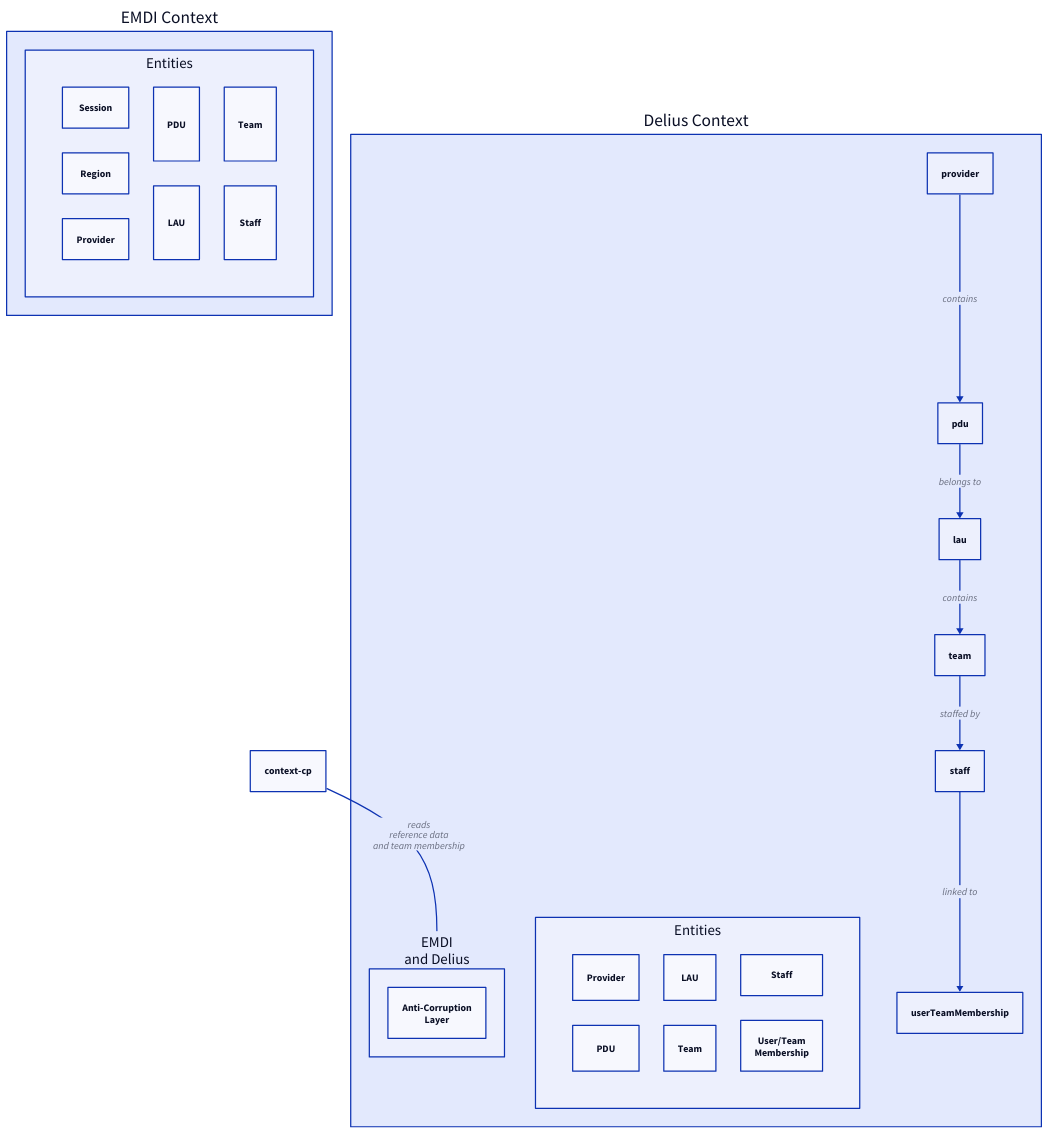
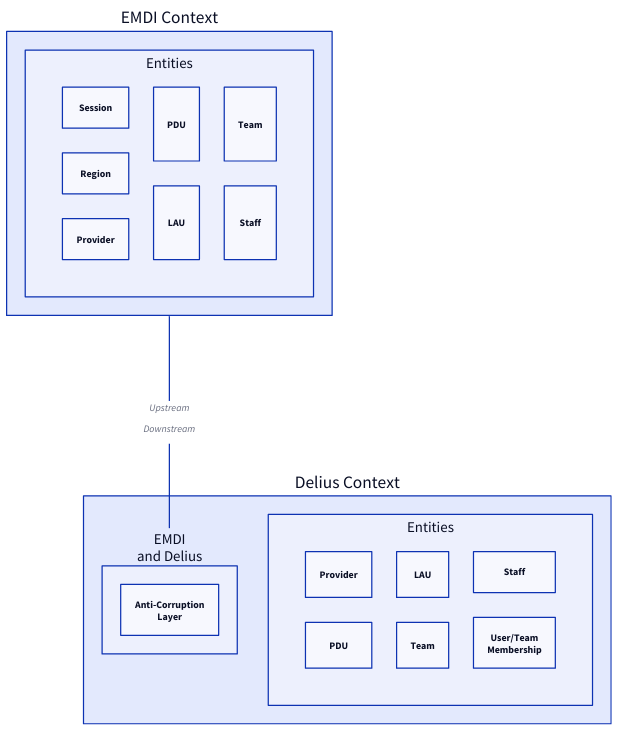
The diagram in doc/diagrams/emdi-and-delius-context-map.d2 (ministryofjustice/hmpps-probation-integration-services), drawn with D2 before and after one commit. The commit also changed 2 other files, not shown here.

```diff
--- a/doc/diagrams/emdi-and-delius-context-map.d2
+++ b/doc/diagrams/emdi-and-delius-context-map.d2
@@ -1,36 +1,32 @@
 context-emdi: EMDI Context {
   entities: Entities {
     grid-columns: 3
     session: Session
     region: Region
     provider: Provider
     pdu: PDU
     lau: LAU
     team: Team
     staff: Staff
   }
 }
 
 context-delius: Delius Context {
   interface: EMDI\nand Delius {
     type: Anti-Corruption\nLayer
   }
 
   entities: Entities {
     grid-columns: 3
     provider: Provider
     pdu: PDU
     lau: LAU
     team: Team
     staff: Staff
     userTeamMembership: User/Team\nMembership
   }
 
-  provider -> pdu: contains
-  pdu -> lau: belongs to
-  lau -> team: contains
-  team -> staff: staffed by
-  staff -> userTeamMembership: linked to
+
 }
 
-context-cp -- context-delius.interface: reads\nreference data\nand team membership
+context-emdi--context-delius.interface: Upstream\n\n\nDownstream
```
